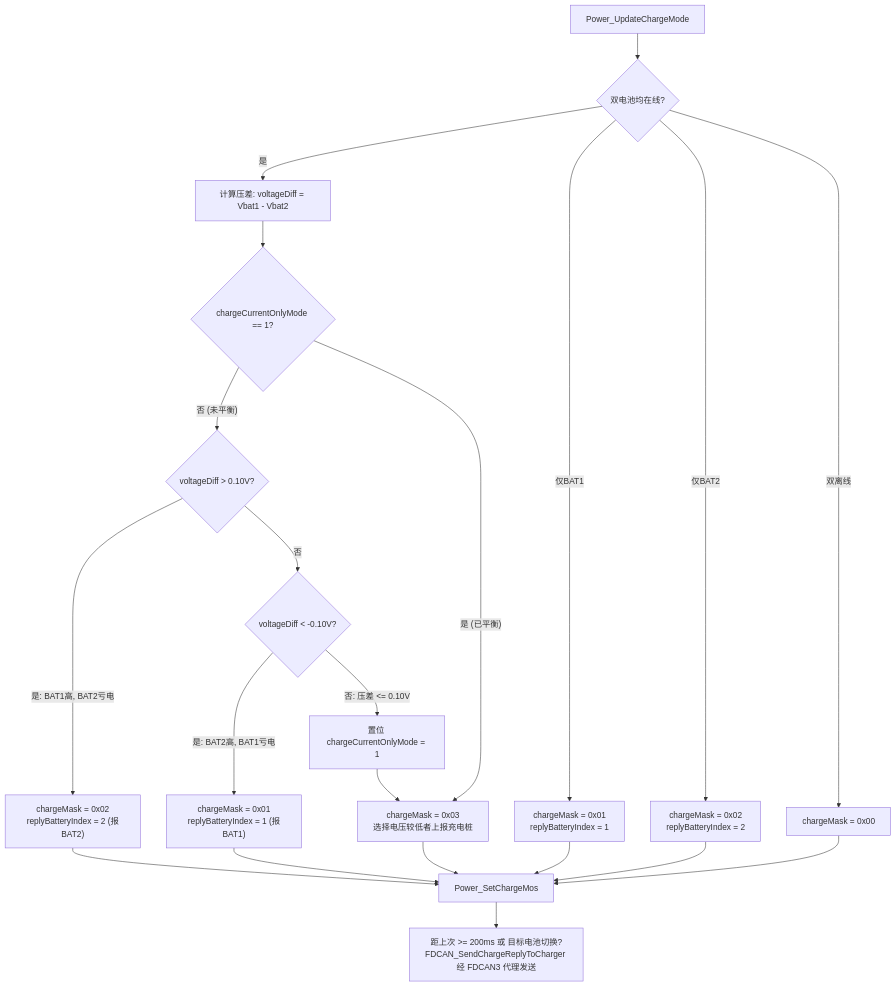
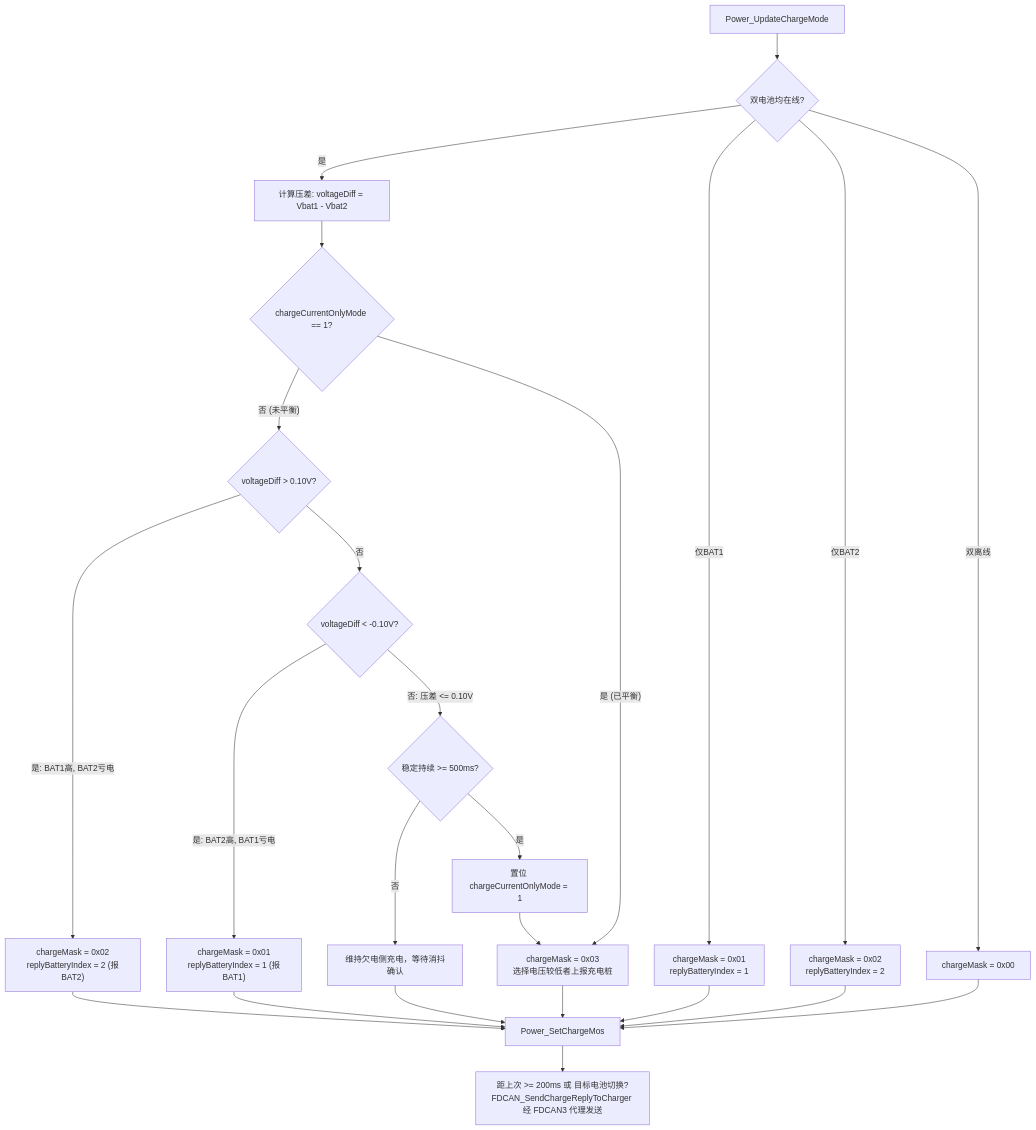
Before and after one commit to wajmh/D-Y: the second of 2 diagrams in 充电控制逻辑与协议交互.md, drawn with Mermaid. The commit also changed other lines of this file and 15 other files, not shown here.

````diff
--- a/充电控制逻辑与协议交互.md
+++ b/充电控制逻辑与协议交互.md
@@ -220,29 +220,32 @@
 ```mermaid
 flowchart TD
     Start[Power_UpdateChargeMode] --> CheckPres{双电池均在线?}
     
     CheckPres -- 是 --> CalcDiff["计算压差: voltageDiff = Vbat1 - Vbat2"]
     CalcDiff --> CheckMode{chargeCurrentOnlyMode == 1?}
     
     CheckMode -- 否 (未平衡) --> D1{voltageDiff > 0.10V?}
     D1 -- 是: BAT1高, BAT2亏电 --> Act1["chargeMask = 0x02<br>replyBatteryIndex = 2 (报BAT2)"]
     D1 -- 否 --> D2{voltageDiff < -0.10V?}
     D2 -- 是: BAT2高, BAT1亏电 --> Act2["chargeMask = 0x01<br>replyBatteryIndex = 1 (报BAT1)"]
-    D2 -- 否: 压差 <= 0.10V --> SetBal["置位 chargeCurrentOnlyMode = 1"]
+    D2 -- 否: 压差 <= 0.10V --> Debounce{稳定持续 >= 500ms?}
+    Debounce -- 是 --> SetBal["置位 chargeCurrentOnlyMode = 1"]
+    Debounce -- 否 --> TempChg["维持欠电侧充电，等待消抖确认"]
     
     SetBal --> ActBoth
     CheckMode -- 是 (已平衡) --> ActBoth["chargeMask = 0x03<br>选择电压较低者上报充电桩"]
     
     CheckPres -- 仅BAT1 --> Only1["chargeMask = 0x01<br>replyBatteryIndex = 1"]
     CheckPres -- 仅BAT2 --> Only2["chargeMask = 0x02<br>replyBatteryIndex = 2"]
     CheckPres -- 双离线 --> AllOff["chargeMask = 0x00"]
     
     Act1 --> ApplyMos[Power_SetChargeMos]
     Act2 --> ApplyMos
+    TempChg --> ApplyMos
     ActBoth --> ApplyMos
     Only1 --> ApplyMos
     Only2 --> ApplyMos
     AllOff --> ApplyMos
     
     ApplyMos --> TxReply["距上次 >= 200ms 或 目标电池切换?<br>FDCAN_SendChargeReplyToCharger 经 FDCAN3 代理发送"]
 ```
````
